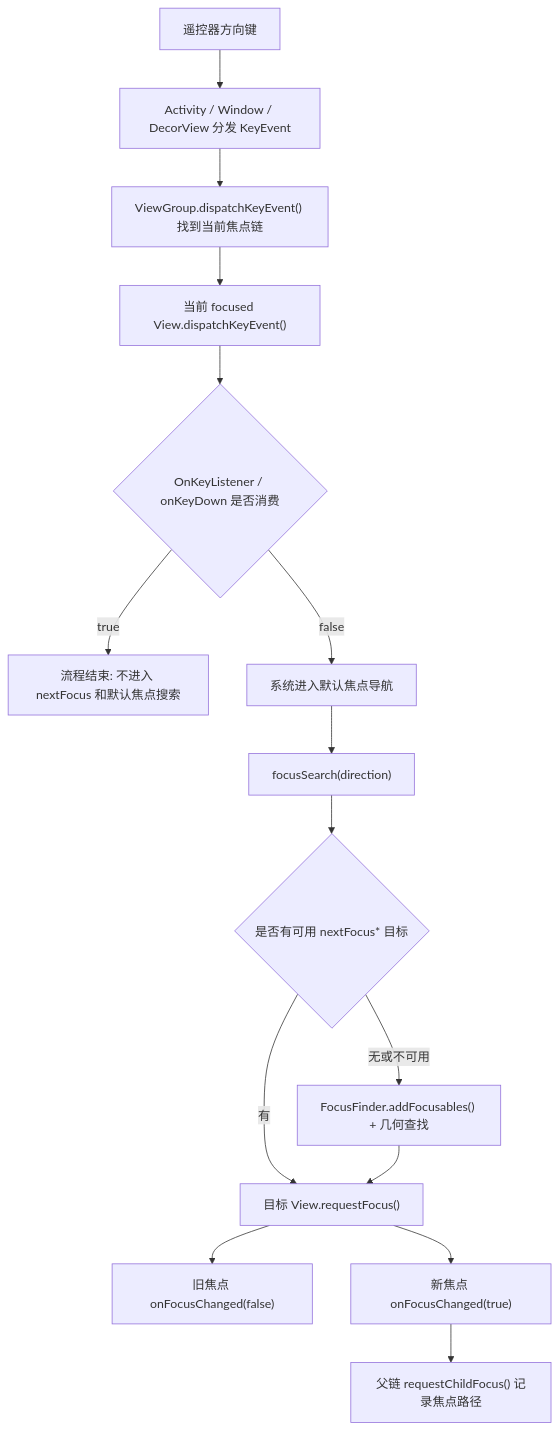
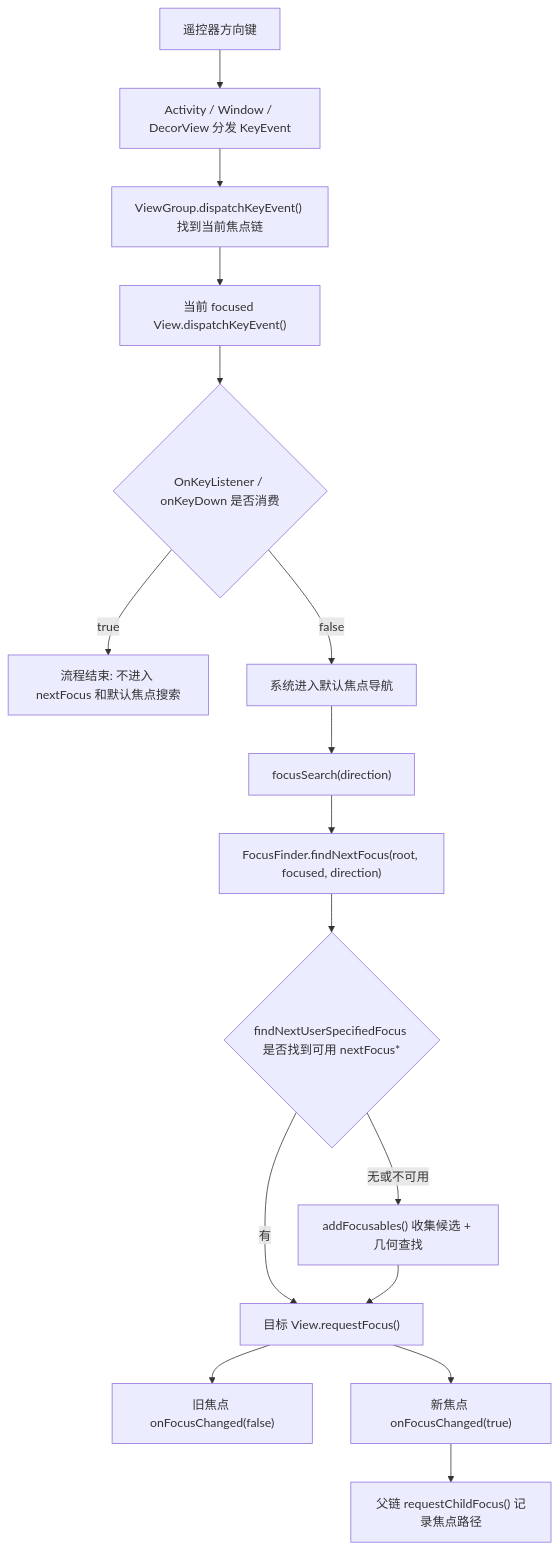
One commit to jiangzhengdong96/fuckingDoc changed the diagram in docs/android-tv/知识点梳理/TV焦点下发源码流程.md. Above: the diagram before and after it, drawn with Mermaid. The commit also changed other lines of this file and 1 other file, not shown here.

````diff
--- a/docs/android-tv/知识点梳理/TV焦点下发源码流程.md
+++ b/docs/android-tv/知识点梳理/TV焦点下发源码流程.md
@@ -651,17 +654,18 @@
 ```mermaid
 flowchart TD
     A["遥控器方向键"] --> B["Activity / Window / DecorView 分发 KeyEvent"]
     B --> C["ViewGroup.dispatchKeyEvent() 找到当前焦点链"]
     C --> D["当前 focused View.dispatchKeyEvent()"]
     D --> E{"OnKeyListener / onKeyDown 是否消费"}
     E -- "true" --> F["流程结束: 不进入 nextFocus 和默认焦点搜索"]
     E -- "false" --> G["系统进入默认焦点导航"]
     G --> H["focusSearch(direction)"]
-    H --> I{"是否有可用 nextFocus* 目标"}
-    I -- "有" --> J["目标 View.requestFocus()"]
-    I -- "无或不可用" --> K["FocusFinder.addFocusables() + 几何查找"]
-    K --> J
-    J --> L["旧焦点 onFocusChanged(false)"]
-    J --> M["新焦点 onFocusChanged(true)"]
-    M --> N["父链 requestChildFocus() 记录焦点路径"]
+    H --> I["FocusFinder.findNextFocus(root, focused, direction)"]
+    I --> J{"findNextUserSpecifiedFocus 是否找到可用 nextFocus*"}
+    J -- "有" --> K["目标 View.requestFocus()"]
+    J -- "无或不可用" --> L["addFocusables() 收集候选 + 几何查找"]
+    L --> K
+    K --> M["旧焦点 onFocusChanged(false)"]
+    K --> N["新焦点 onFocusChanged(true)"]
+    N --> O["父链 requestChildFocus() 记录焦点路径"]
 ```
````
